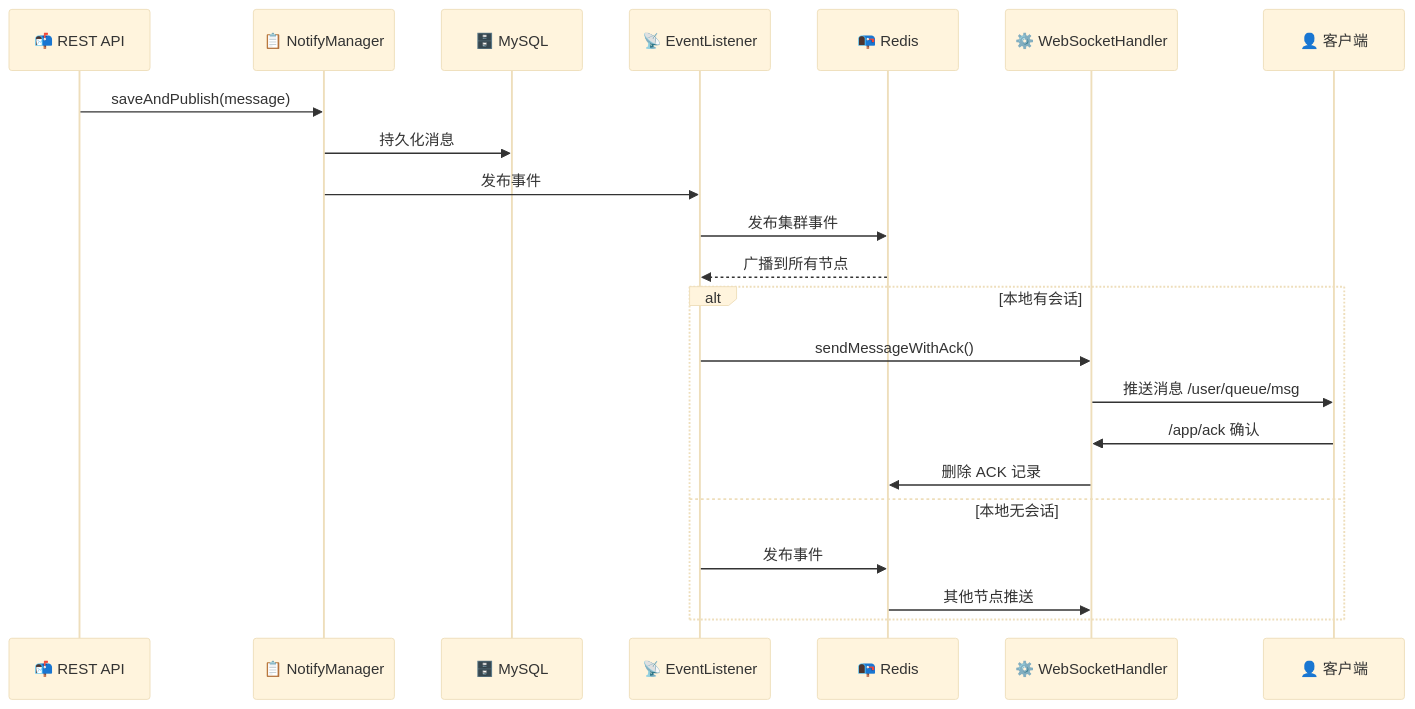
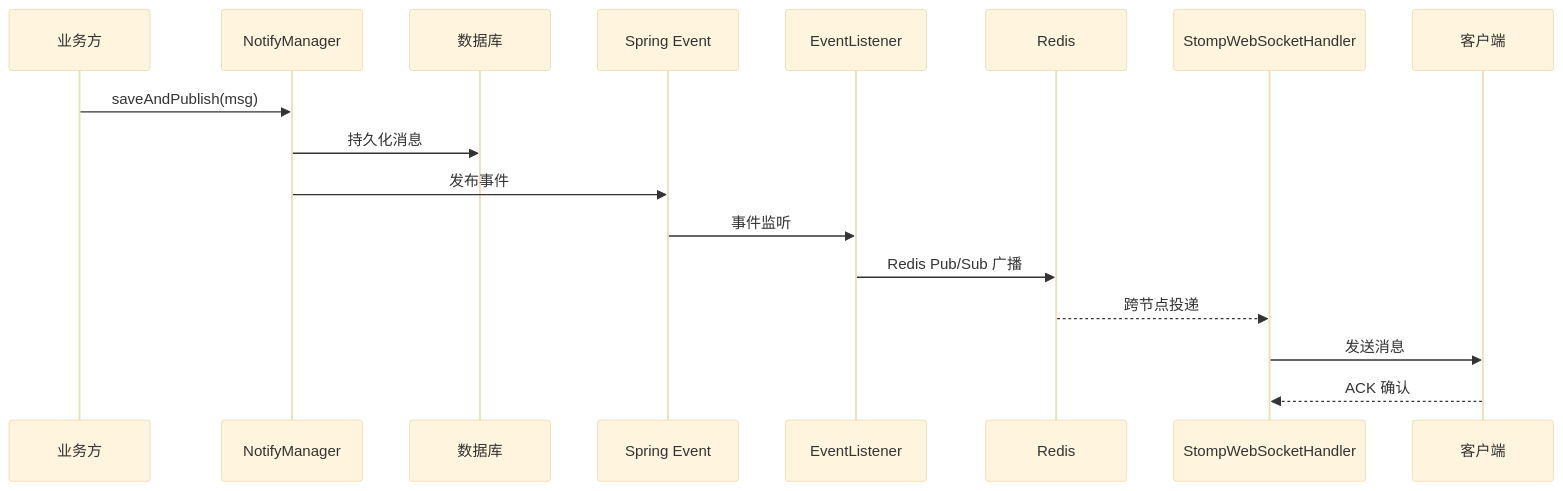
The third of 5 diagrams in README.md (yangli-stu/quick-notify), drawn with Mermaid (base theme) before and after one commit. The commit also changed other lines of this file and 15 other files, not shown here.

````diff
--- a/README.md
+++ b/README.md
@@ -202,27 +101,20 @@
 ```mermaid
 sequenceDiagram
-    participant API as 📬 REST API
-    participant Manager as 📋 NotifyManager
-    participant DB as 🗄️ MySQL
-    participant Listener as 📡 EventListener
-    participant Redis as 📭 Redis
-    participant Handler as ⚙️ WebSocketHandler
-    participant Client as 👤 客户端
+    participant A as 业务方
+    participant M as NotifyManager
+    participant DB as 数据库
+    participant E as Spring Event
+    participant L as EventListener
+    participant R as Redis
+    participant H as StompWebSocketHandler
+    participant C as 客户端
 
-    API->>Manager: saveAndPublish(message)
-    Manager->>DB: 持久化消息
-    Manager->>Listener: 发布事件
-
-    Listener->>Redis: 发布集群事件
-    Redis-->>Listener: 广播到所有节点
-
-    alt 本地有会话
-        Listener->>Handler: sendMessageWithAck()
-        Handler->>Client: 推送消息 /user/queue/msg
-        Client->>Handler: /app/ack 确认
-        Handler->>Redis: 删除 ACK 记录
-    else 本地无会话
-        Listener->>Redis: 发布事件
-        Redis->>Handler: 其他节点推送
-    end
+    A->>M: saveAndPublish(msg)
+    M->>DB: 持久化消息
+    M->>E: 发布事件
+    E->>L: 事件监听
+    L->>R: Redis Pub/Sub 广播
+    R-->>H: 跨节点投递
+    H->>C: 发送消息
+    C-->>H: ACK 确认
 ```
````
